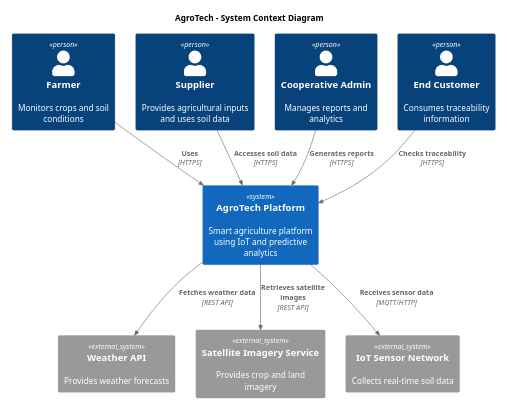
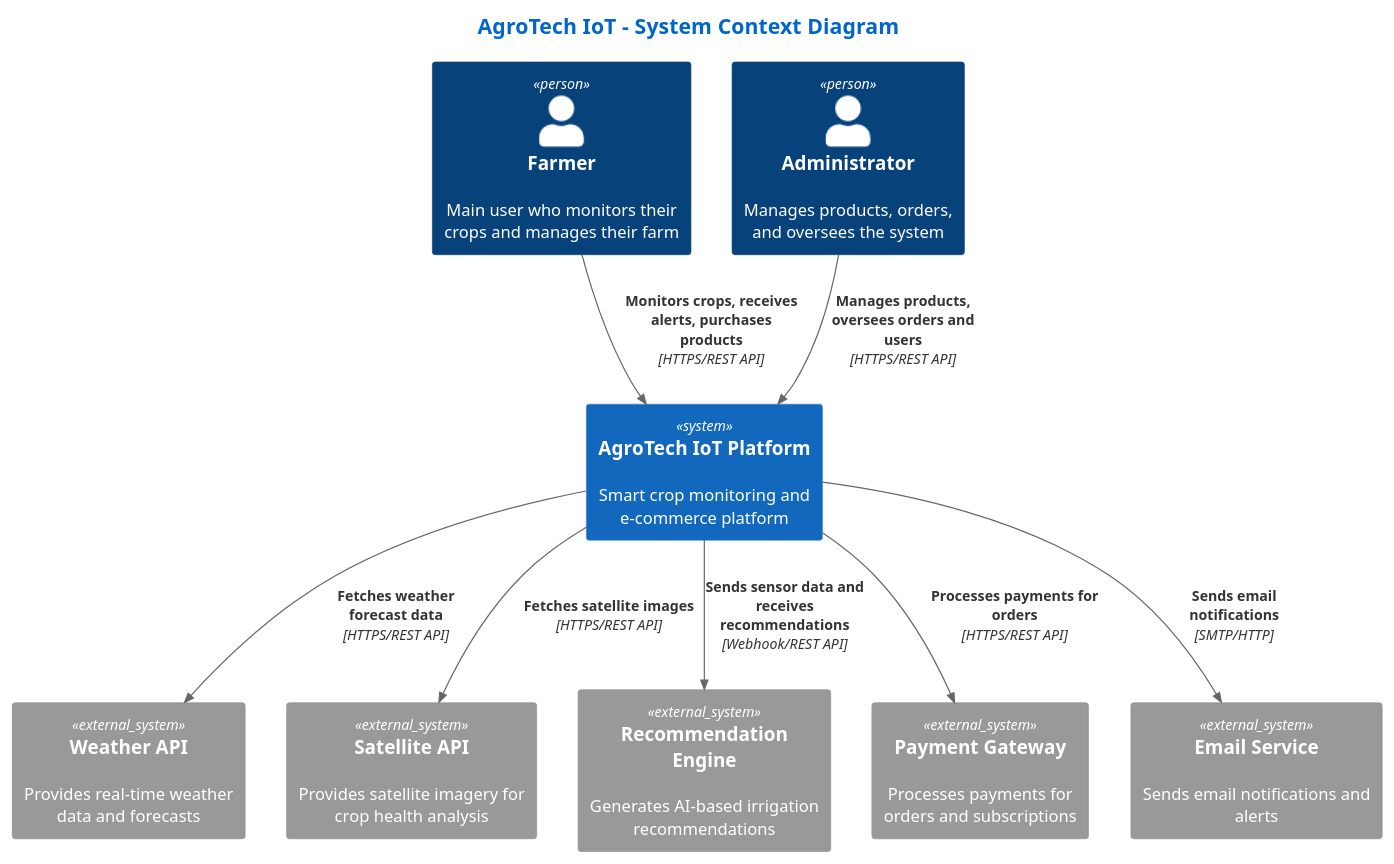
One commit to 1ASI0730-10215-NovaTech-TerraTech/upc-pre-202610-1asi0730-10215-NovaTech-report changed the first of 6 diagrams in 05-cap4-product-design.md. Above: the diagram before and after it, drawn with PlantUML. The commit also changed other lines of this file, not shown here.

Commit message:
Update class diagrams, C4 model and database schema in product design chapter

````diff
--- a/05-cap4-product-design.md
+++ b/05-cap4-product-design.md
@@ -504,30 +504,44 @@
 ```plantuml
 @startuml
-!include https://raw.githubusercontent.com/plantuml-stdlib/C4-PlantUML/master/C4_Context.puml
+!include <C4/C4_Context.puml>
 
-scale 1/2
+' ==================== LIGHT THEME CONFIGURATION ====================
+skinparam backgroundColor #FFFFFF
+skinparam defaultFontColor #333333
+skinparam classFontColor #1A1A1A
+skinparam class {
+    BackgroundColor #F8F9FA
+    BorderColor #DEE2E6
+    HeaderBackgroundColor #E9ECEF
+    HeaderFontColor #0066CC
+    FontColor #1A1A1A
+}
 
-title AgroTech - System Context Diagram
+title <color:#0066CC><size:18>AgroTech IoT - System Context Diagram</size></color>
 
-Person(farmer, "Farmer", "Monitors crops and soil conditions")
-Person(supplier, "Supplier", "Provides agricultural inputs and uses soil data")
-Person(admin, "Cooperative Admin", "Manages reports and analytics")
-Person(customer, "End Customer", "Consumes traceability information")
+' ==================== PERSONS ====================
+Person(farmer, "Farmer", "Main user who monitors their crops and manages their farm")
+Person(admin, "Administrator", "Manages products, orders, and oversees the system")
 
-System(agrotech, "AgroTech Platform", "Smart agriculture platform using IoT and predictive analytics")
+' ==================== MAIN SYSTEM ====================
+System(agrotech, "AgroTech IoT Platform", "Smart crop monitoring and e-commerce platform")
 
-System_Ext(weather, "Weather API", "Provides weather forecasts")
-System_Ext(satellite, "Satellite Imagery Service", "Provides crop and land imagery")
-System_Ext(iot, "IoT Sensor Network", "Collects real-time soil data")
+' ==================== EXTERNAL SYSTEMS ====================
+System_Ext(weatherApi, "Weather API", "Provides real-time weather data and forecasts")
+System_Ext(satelliteApi, "Satellite API", "Provides satellite imagery for crop health analysis")
+System_Ext(recommendationEngine, "Recommendation Engine", "Generates AI-based irrigation recommendations")
+System_Ext(paymentGateway, "Payment Gateway", "Processes payments for orders and subscriptions")
+System_Ext(emailService, "Email Service", "Sends email notifications and alerts")
 
-Rel(farmer, agrotech, "Uses", "HTTPS")
-Rel(supplier, agrotech, "Accesses soil data", "HTTPS")
-Rel(admin, agrotech, "Generates reports", "HTTPS")
-Rel(customer, agrotech, "Checks traceability", "HTTPS")
+' ==================== RELATIONSHIPS ====================
+Rel(farmer, agrotech, "Monitors crops, receives alerts, purchases products", "HTTPS/REST API")
+Rel(admin, agrotech, "Manages products, oversees orders and users", "HTTPS/REST API")
 
-Rel(agrotech, weather, "Fetches weather data", "REST API")
-Rel(agrotech, satellite, "Retrieves satellite images", "REST API")
-Rel(agrotech, iot, "Receives sensor data", "MQTT/HTTP")
+Rel(agrotech, weatherApi, "Fetches weather forecast data", "HTTPS/REST API")
+Rel(agrotech, satelliteApi, "Fetches satellite images", "HTTPS/REST API")
+Rel(agrotech, recommendationEngine, "Sends sensor data and receives recommendations", "Webhook/REST API")
+Rel(agrotech, paymentGateway, "Processes payments for orders", "HTTPS/REST API")
+Rel(agrotech, emailService, "Sends email notifications", "SMTP/HTTP")
 
 @enduml
 ```
````
